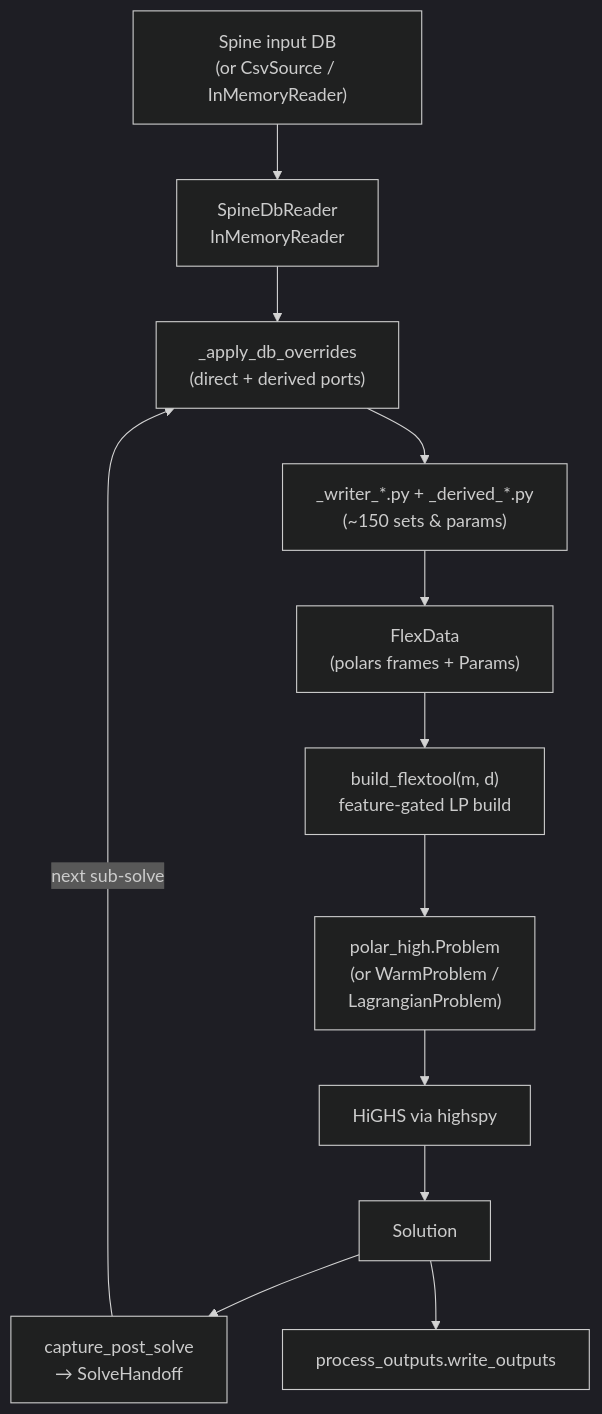
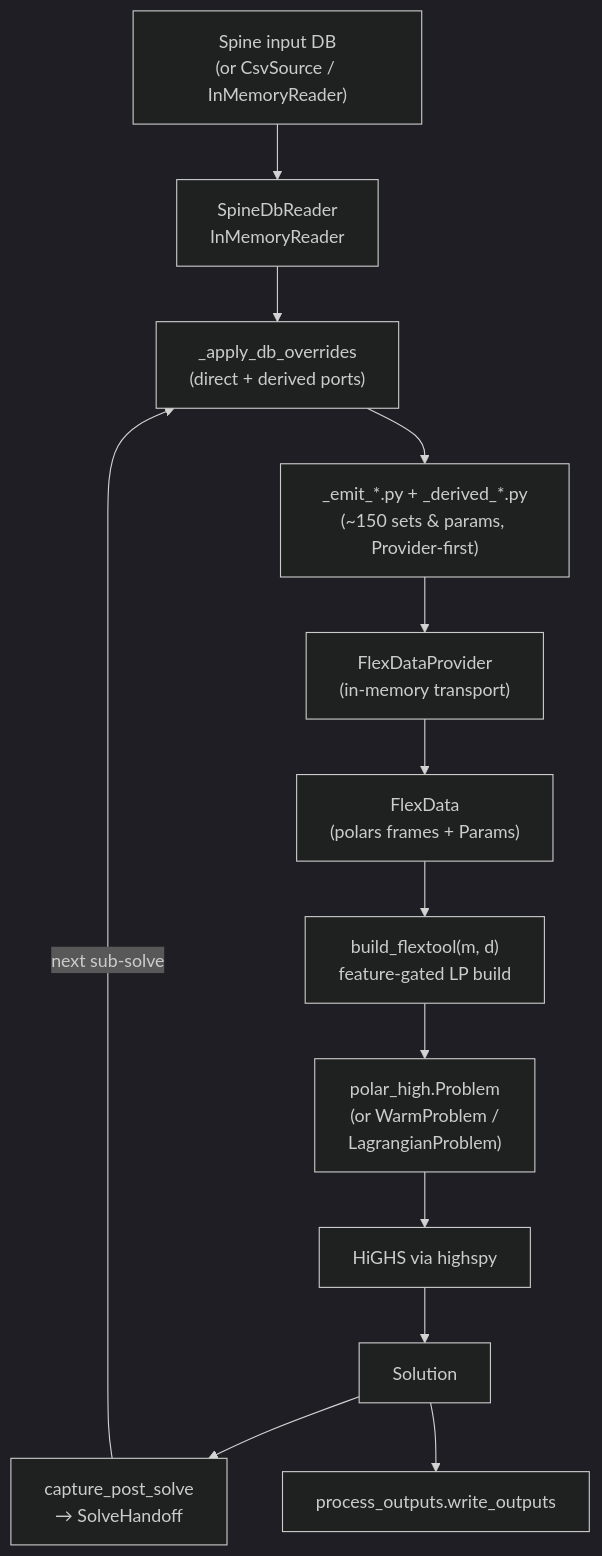
Before and after one commit to irena-flextool/flextool: the diagram in docs/dev/engine_polars.md, drawn with Mermaid (dark theme). The commit also changed other lines of this file, not shown here.

First line of the commit message:
docs/dev/engine_polars.md: expand with v4 engine-internals coverage

````diff
--- a/docs/dev/engine_polars.md
+++ b/docs/dev/engine_polars.md
@@ -25,14 +25,15 @@
 ```mermaid
 flowchart TD
   src["Spine input DB<br/>(or CsvSource / InMemoryReader)"] --> reader
   reader["SpineDbReader<br/>InMemoryReader"] --> overlay
-  overlay["_apply_db_overrides<br/>(direct + derived ports)"] --> writers
-  writers["_writer_*.py + _derived_*.py<br/>(~150 sets &amp; params)"] --> flex["FlexData<br/>(polars frames + Params)"]
+  overlay["_apply_db_overrides<br/>(direct + derived ports)"] --> emit
+  emit["_emit_*.py + _derived_*.py<br/>(~150 sets &amp; params, Provider-first)"] --> provider["FlexDataProvider<br/>(in-memory transport)"]
+  provider --> flex["FlexData<br/>(polars frames + Params)"]
   flex --> build["build_flextool(m, d)<br/>feature-gated LP build"]
   build --> prob["polar_high.Problem<br/>(or WarmProblem /<br/>LagrangianProblem)"]
   prob --> highs["HiGHS via highspy"]
   highs --> sol["Solution"]
   sol --> capture["capture_post_solve<br/>→ SolveHandoff"]
   capture -->|next sub-solve| overlay
   sol --> outputs["process_outputs.write_outputs"]
 ```
````
